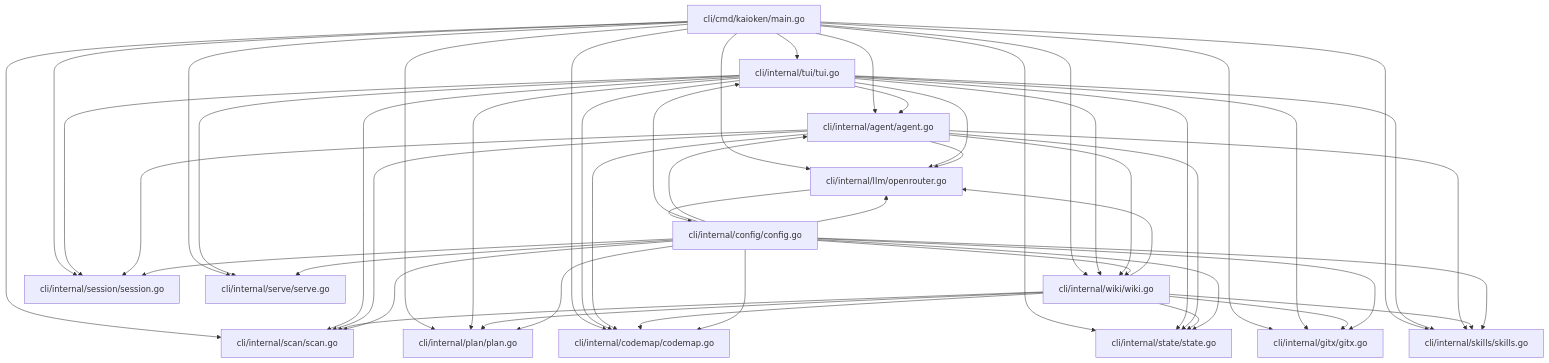
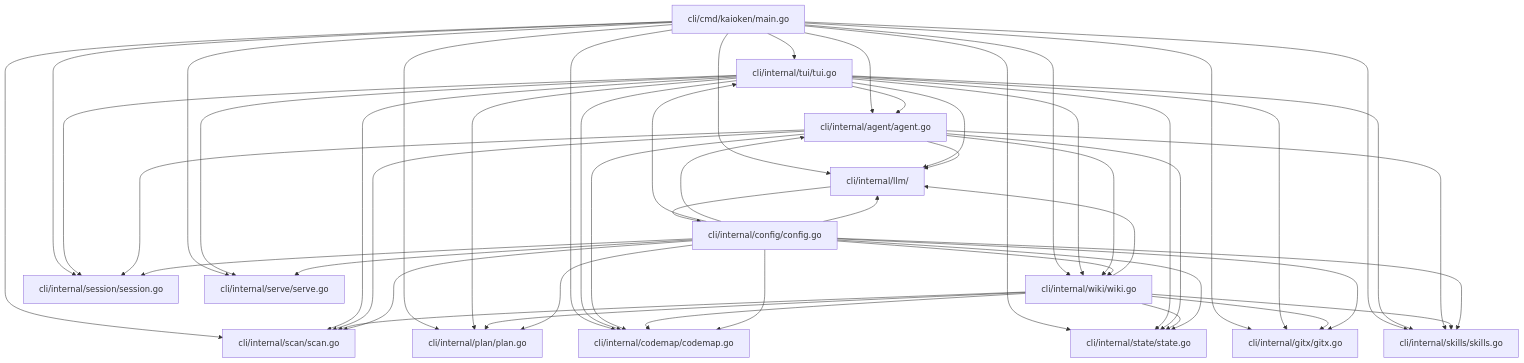
One commit to babtix/kaioken changed the diagram in cli/.kaioken/wiki/Architecture Overview/Architecture Overview.md. Above: the diagram before and after it, drawn with Mermaid. The commit also changed other lines of this file and 7 other files, not shown here.

````diff
--- a/cli/.kaioken/wiki/Architecture Overview/Architecture Overview.md
+++ b/cli/.kaioken/wiki/Architecture Overview/Architecture Overview.md
@@ -16,53 +16,53 @@
 ```mermaid
 graph TD
     cmd[cli/cmd/kaioken/main.go] --> tui[cli/internal/tui/tui.go]
     cmd --> agent[cli/internal/agent/agent.go]
     cmd --> wiki[cli/internal/wiki/wiki.go]
-    cmd --> llm[cli/internal/llm/openrouter.go]
+    cmd --> llm[cli/internal/llm/]
     cmd --> skills[cli/internal/skills/skills.go]
     cmd --> scan[cli/internal/scan/scan.go]
     cmd --> plan[cli/internal/plan/plan.go]
     cmd --> codemap[cli/internal/codemap/codemap.go]
     cmd --> session[cli/internal/session/session.go]
     cmd --> state[cli/internal/state/state.go]
     cmd --> serve[cli/internal/serve/serve.go]
     cmd --> gitx[cli/internal/gitx/gitx.go]
     tui --> agent
     tui --> wiki
     tui --> llm
     tui --> skills
     tui --> scan
     tui --> plan
     tui --> session
     tui --> state
     tui --> serve
     tui --> codemap
     tui --> gitx
     agent --> llm
     agent --> codemap
     agent --> scan
     agent --> session
     agent --> skills
     agent --> wiki
     agent --> state
     wiki --> scan
     wiki --> plan
     wiki --> llm
     wiki --> codemap
     wiki --> state
     wiki --> gitx
     wiki --> skills
     llm --> config[cli/internal/config/config.go]
     config --> tui
     config --> agent
     config --> wiki
     config --> llm
     config --> skills
     config --> scan
     config --> plan
     config --> codemap
     config --> session
     config --> state
     config --> serve
     config --> gitx
 ```
````
